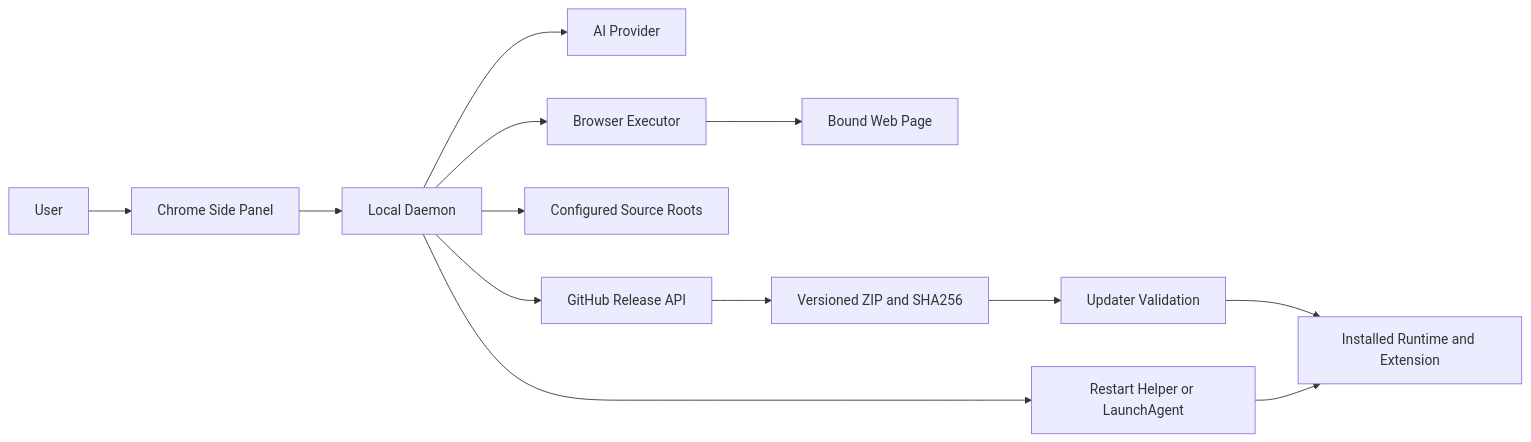
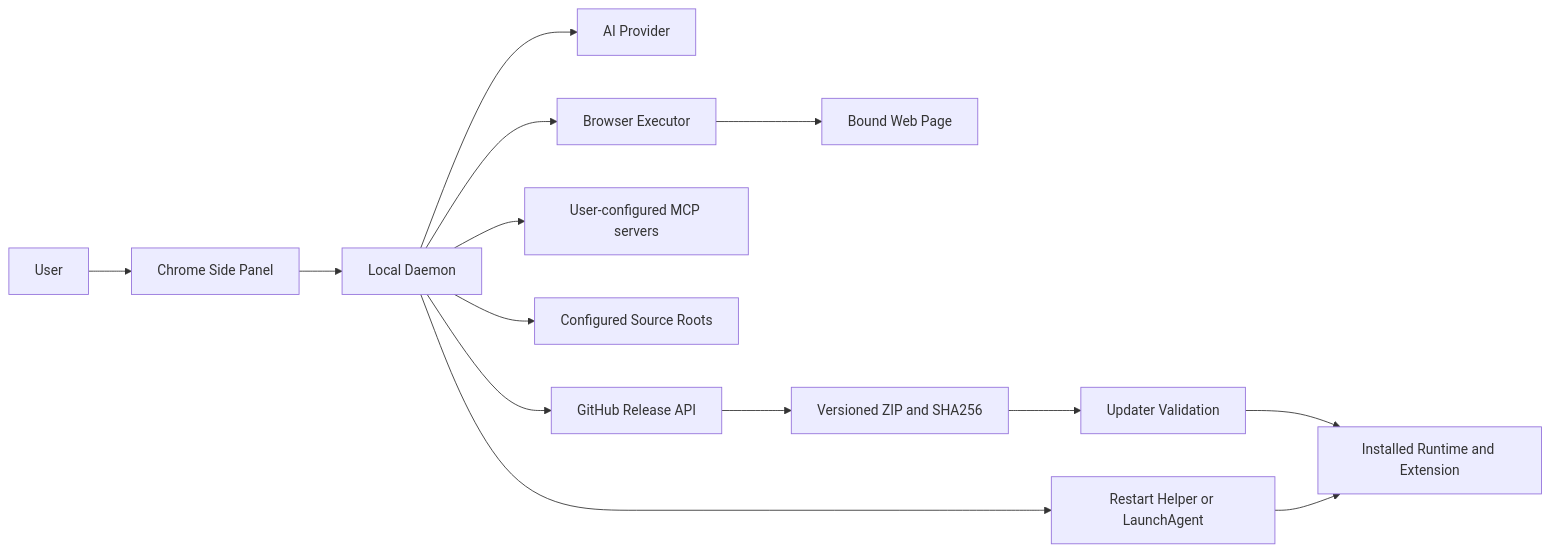
The diagram in docs/chrome-devtools-plugin-threat-model.md (masterjie98-cloud/chrome-devtools-plugin), drawn with Mermaid before and after one commit. The commit also changed other lines of this file and 70 other files, not shown here.

````diff
--- a/docs/chrome-devtools-plugin-threat-model.md
+++ b/docs/chrome-devtools-plugin-threat-model.md
@@ -81,15 +109,16 @@
 ```mermaid
 flowchart LR
   U["User"] --> P["Chrome Side Panel"]
   P --> D["Local Daemon"]
   D --> M["AI Provider"]
   D --> B["Browser Executor"]
+  D --> X["User-configured MCP servers"]
   B --> W["Bound Web Page"]
   D --> S["Configured Source Roots"]
   D --> G["GitHub Release API"]
   G --> A["Versioned ZIP and SHA256"]
   A --> V["Updater Validation"]
   V --> I["Installed Runtime and Extension"]
   D --> R["Restart Helper or LaunchAgent"]
   R --> I
 ```
````
